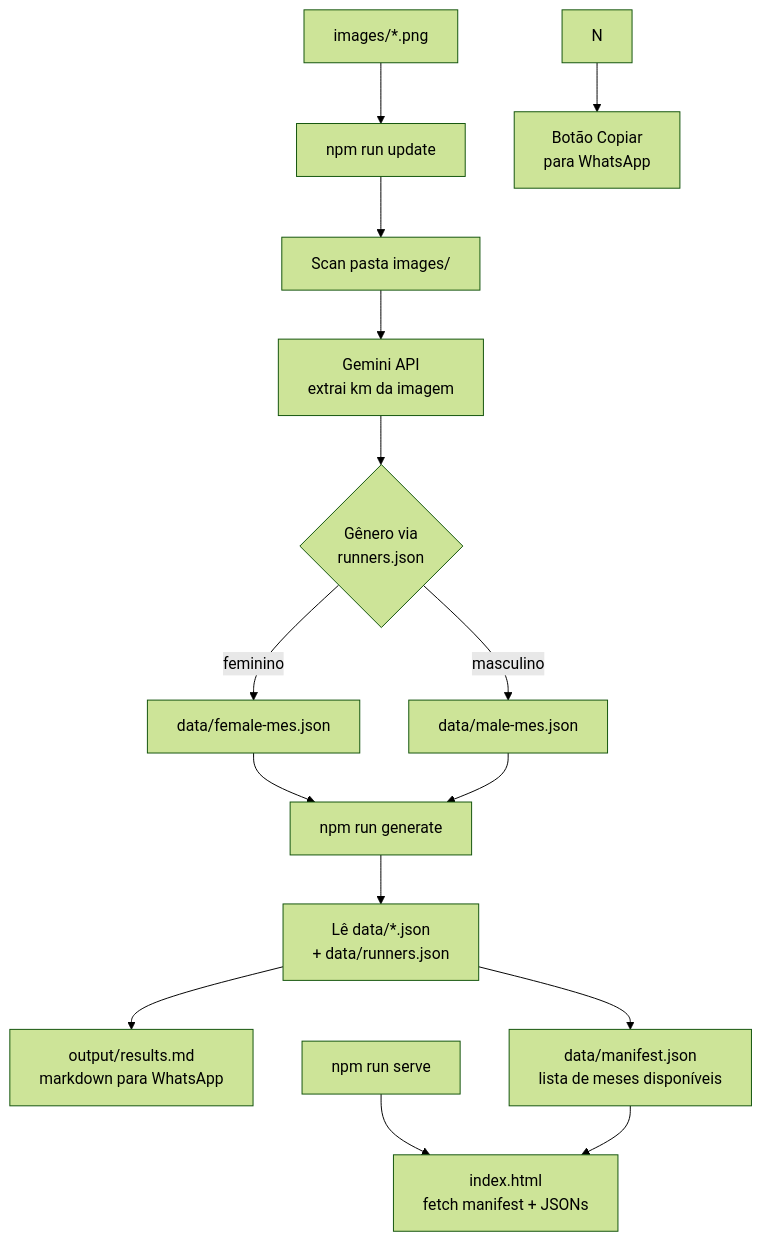
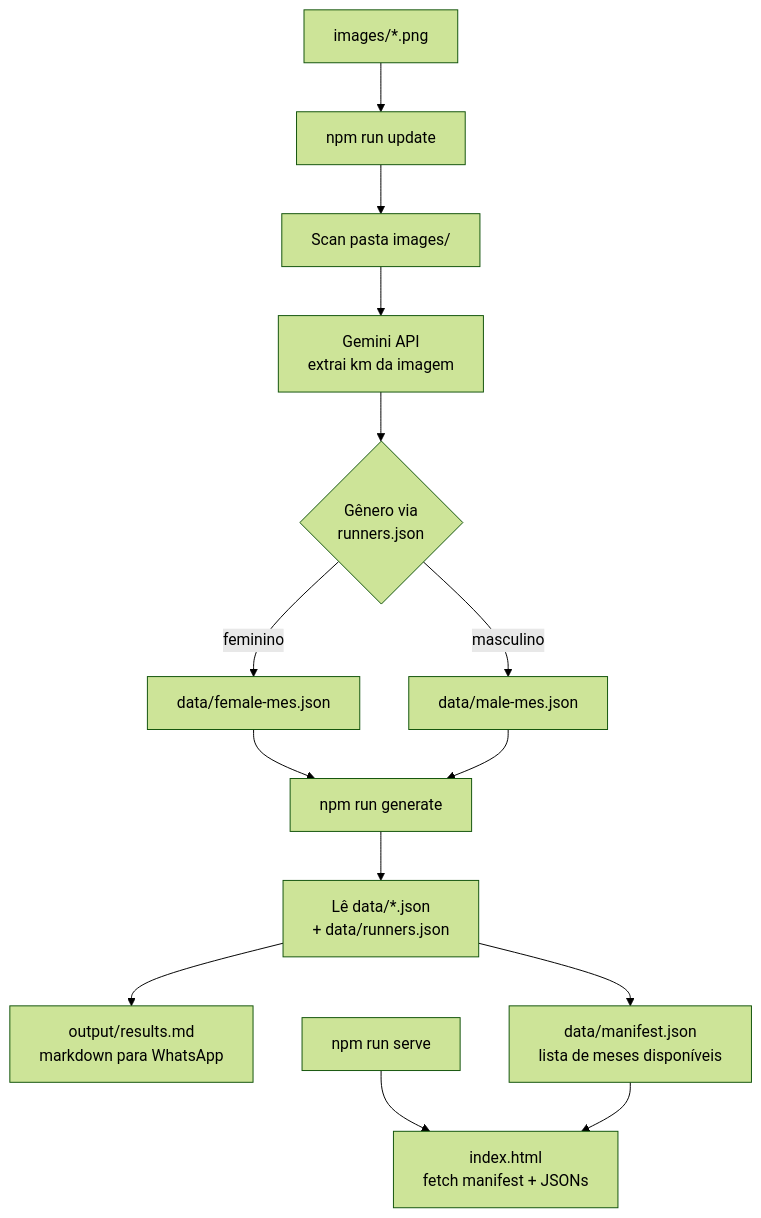
The diagram in README.md (tcelestino/rt-ranking-endurance), drawn with Mermaid (forest theme) before and after one commit.

Commit message:
docs: remove whatsapp fluxo

````diff
--- a/README.md
+++ b/README.md
@@ -9,19 +9,18 @@
 ```mermaid
 flowchart TD
     A[images/*.png] --> B[npm run update]
     B --> C[Scan pasta images/]
     C --> D[Gemini API\nextrai km da imagem]
     D --> E{Gênero via\nrunners.json}
     E -->|feminino| F[data/female-mes.json]
     E -->|masculino| G[data/male-mes.json]
 
     F --> H[npm run generate]
     G --> H
     H --> I[Lê data/*.json\n+ data/runners.json]
     I --> J[output/results.md\nmarkdown para WhatsApp]
     I --> K[data/manifest.json\nlista de meses disponíveis]
 
     L[npm run serve] --> M[index.html\nfetch manifest + JSONs]
     K --> M
-    N --> O[Botão Copiar\npara WhatsApp]
 ```
````
